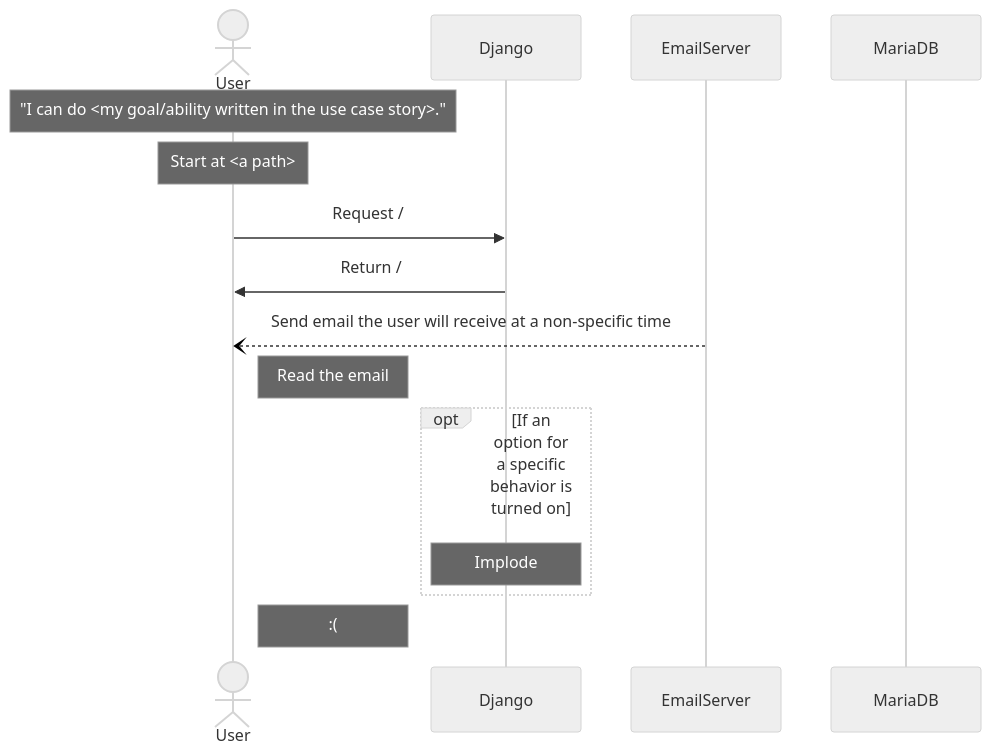
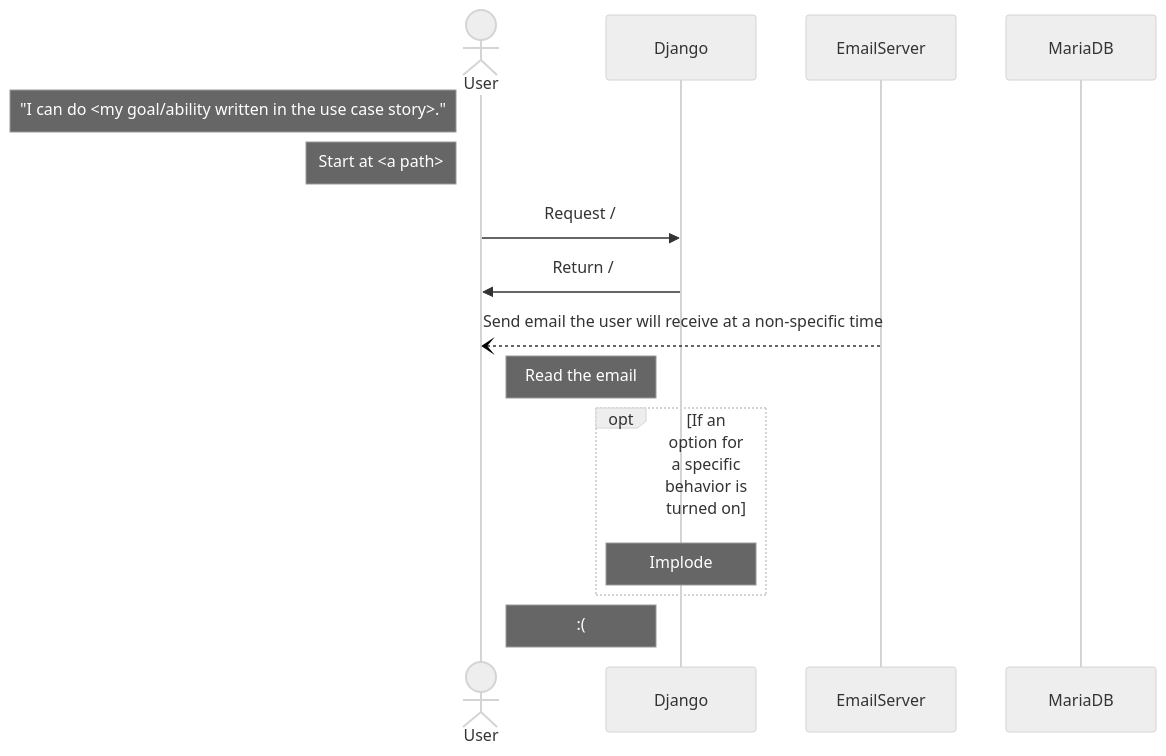
One commit to familycrest/personal-finance-tracker changed the diagram in docs/use_case_sequences/_template.mermaid. Above: the diagram before and after it, drawn with Mermaid (neutral theme). The commit also changed 2 other files, not shown here.

Commit message:
move user context flags to the left

```diff
--- a/docs/use_case_sequences/_template.mermaid
+++ b/docs/use_case_sequences/_template.mermaid
@@ -1,21 +1,21 @@
 sequenceDiagram
     actor User
     participant Django
     participant EmailServer
     participant MariaDB
 
-    Note over User: "I can do <my goal/ability written in the use case story>."
-    Note over User: Start at <a path>
+    Note left of User: "I can do <my goal/ability written in the use case story>."
+    Note left of User: Start at <a path>
     
     User->>Django: Request /
     Django->>User: Return / 
     
     EmailServer--)User: Send email the user will receive at a non-specific time
 
     Note right of User: Read the email
 
     opt If an option for a specific behavior is turned on
         Note over Django: Implode
     end   
     
     Note right of User: :(
```
